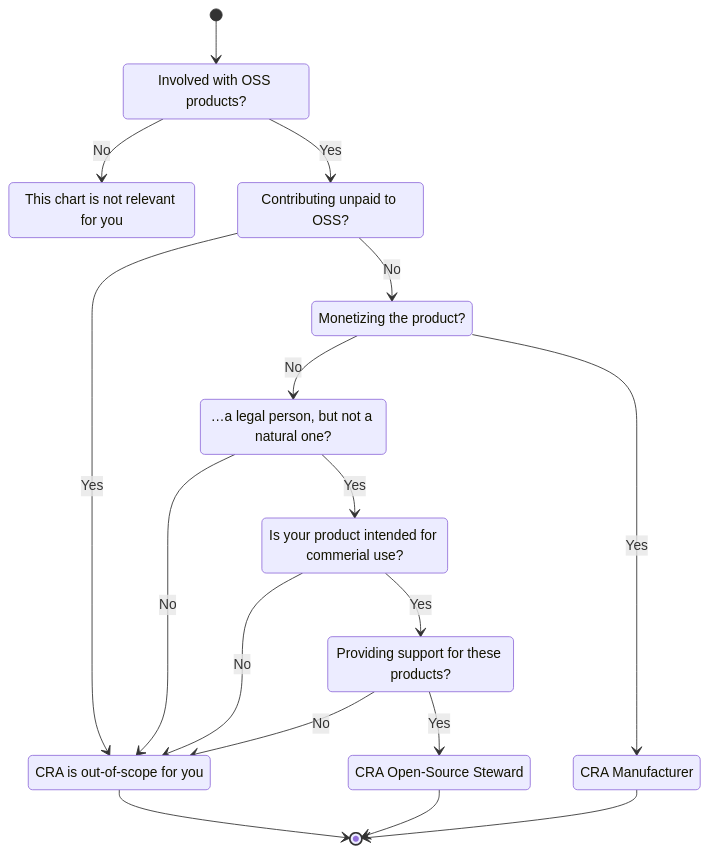
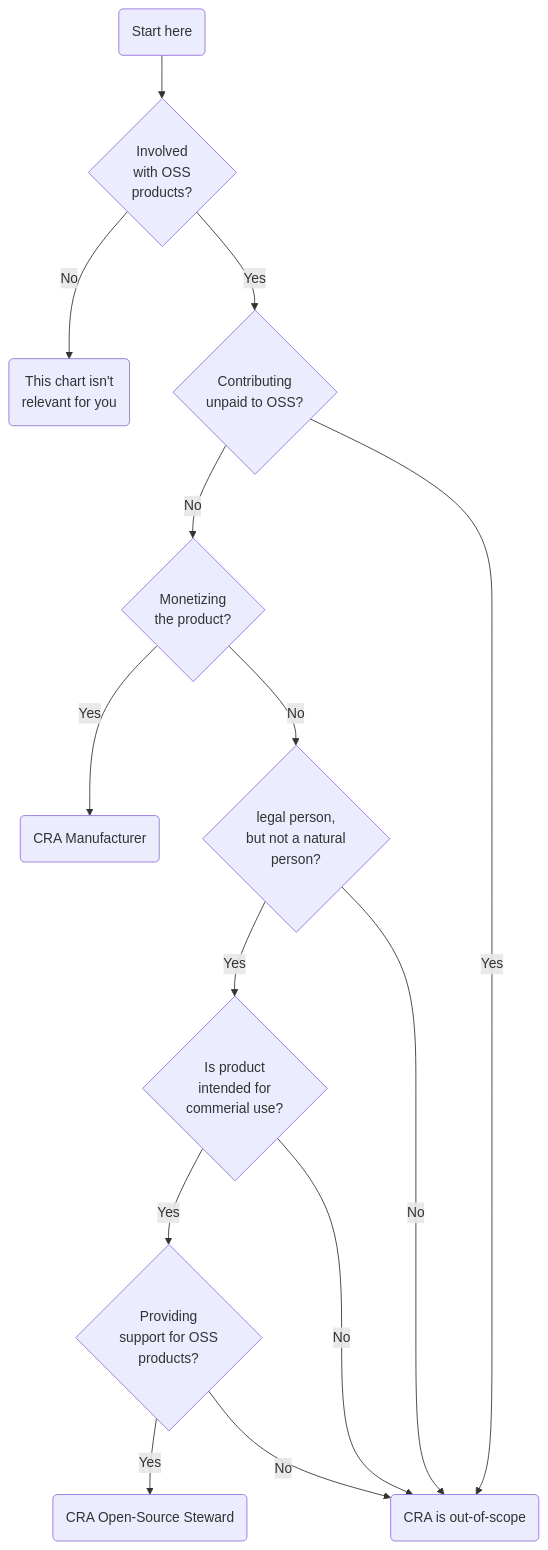
Before and after one commit to CPAN-Security/security.metacpan.org: the third of 3 diagrams in docs/supplychain-sbom.md, drawn with Mermaid.

Commit message:
Switch the Steward graph to regular 'graph' type

````diff
--- a/docs/supplychain-sbom.md
+++ b/docs/supplychain-sbom.md
@@ -664,51 +664,23 @@
 ```mermaid
-stateDiagram-v2
-    direction TB
-    accTitle: Are you…
-
-    %% End states.
-    state "This chart is not relevant for you" as is_proprietary_provider
-    state "CRA is out-of-scope for you" as cra_out_of_scope
-    state "CRA Open-Source Steward" as cra_oss_steward
-    state "CRA Manufacturer" as cra_manufacturer
-
-    %% Decisions. "Are you...."
-    state "Involved with OSS products?" as is_oss_involved
-    state "Contributing unpaid to OSS?" as is_oss_contributor
-    state "Monetizing the product?" as is_product_monetised
-    state "…a legal person, but not a natural one?" as is_legal_entity
-    state "Is your product intended for commerial use?" as product_is_intended_for_commercial_use
-    state "Providing support for these products?" as is_product_supporter
-
-    [*] --> is_oss_involved
-
-    is_oss_involved --> is_oss_contributor : Yes
-    is_oss_involved --> is_proprietary_provider : No
-
-    is_oss_contributor --> cra_out_of_scope : Yes
-    is_oss_contributor --> is_product_monetised : No
-
-    is_product_monetised --> cra_manufacturer : Yes
-    is_product_monetised --> is_legal_entity : No
-
-    is_legal_entity --> cra_out_of_scope : No
-    is_legal_entity --> product_is_intended_for_commercial_use : Yes
-
-    product_is_intended_for_commercial_use --> cra_out_of_scope : No
-    product_is_intended_for_commercial_use --> is_product_supporter : Yes
-
-    is_product_supporter --> cra_oss_steward : Yes
-    is_product_supporter --> cra_out_of_scope : No
-
-    cra_out_of_scope --> [*]
-    cra_oss_steward --> [*]
-    cra_manufacturer --> [*]
+graph TB
+    start-here(Start here) --> involved{Involved<br>with OSS<br>products?}
+    involved  -->|No| not-relevant-for-you(This chart isn't<br>relevant for you)
+    involved -->|Yes| contributing{Contributing<br>unpaid to OSS?}
+    contributing  -->|No| monetised{Monetizing<br>the product?}
+    contributing -->|Yes| cra-is-out-of-scope(CRA is out-of-scope)
+    monetised -->|Yes| cra-manufacturer(CRA Manufacturer)
+    monetised -->|No| is-legal-entity{legal person,<br> but not a natural<br>person?}
+    is-legal-entity -->|Yes| intended-commercial-use{Is product<br>intended for<br>commerial use?}
+    is-legal-entity -->|No| cra-is-out-of-scope
+    intended-commercial-use -->|No| cra-is-out-of-scope
+    intended-commercial-use -->|Yes| product-supporter{Providing<br>support for OSS<br>products?}
+    product-supporter -->|Yes| cra-oss-steward(CRA Open-Source Steward)
+    product-supporter -->|No| cra-is-out-of-scope
 
     %% Based on the flowchart made by Maarten Aertsen (NLNetLabs) found at
     %% https://blog.nlnetlabs.nl/what-i-learned-in-brussels-the-cyber-resilience-act/
 
     %% Original flowchart © Maarten Aertsen <maarten@nlnetlabs.nl>
     %% License: CC0 1.0 Universal
-    %%
     %% Adapted to Mermaid and modified by Salve J. Nilsen <sjn@oslo.pm>
 ```
````
